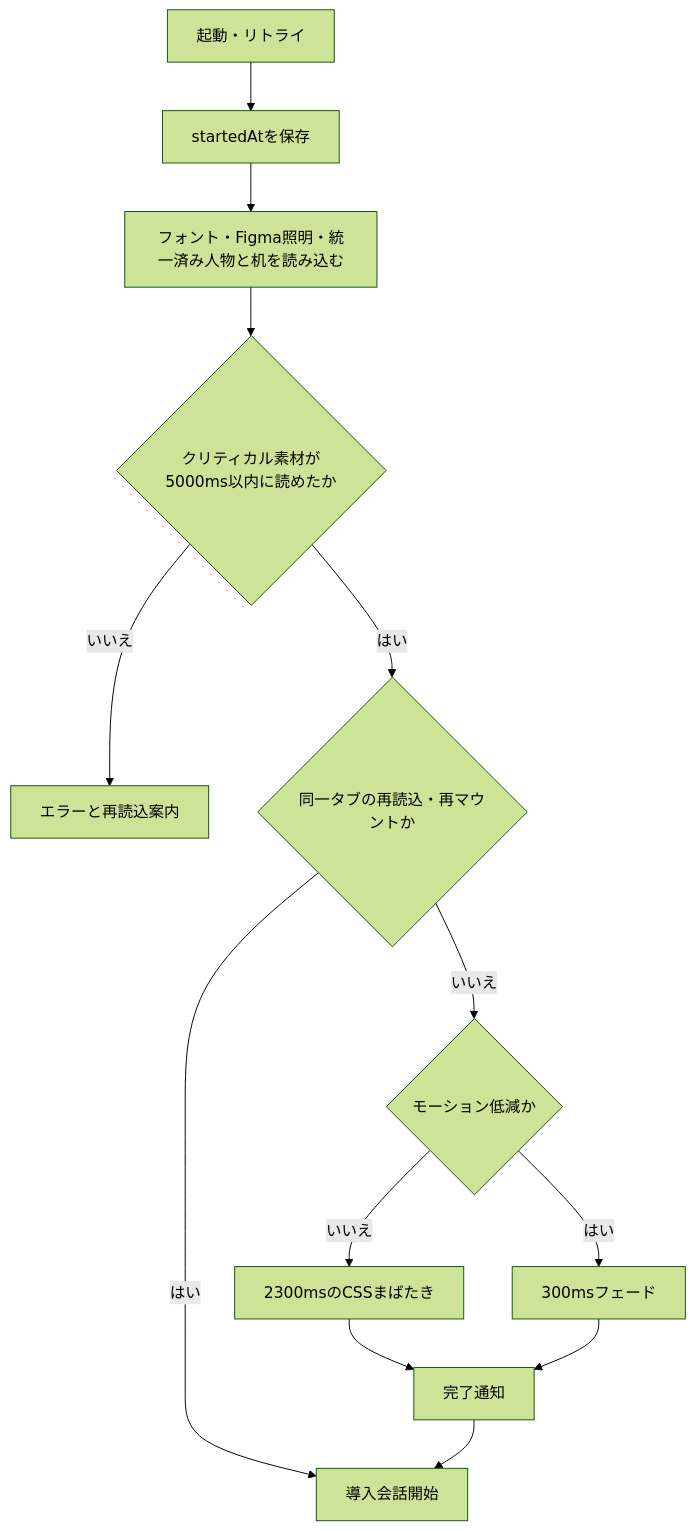
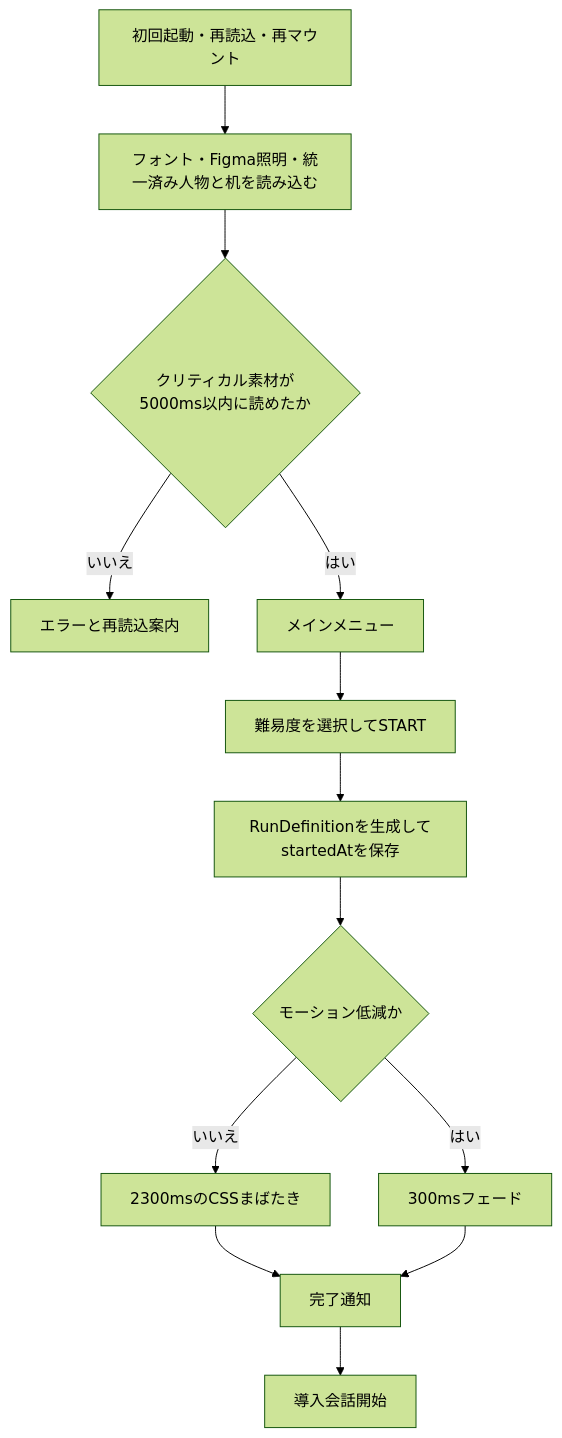
The third of 13 diagrams in docs/project-flow.md (lycanthr0pes/language-deciphering-game), drawn with Mermaid (forest theme) before and after one commit. The commit also changed other lines of this file and 13 other files, not shown here.

````diff
--- a/docs/project-flow.md
+++ b/docs/project-flow.md
@@ -72,15 +73,15 @@
 ```mermaid
 flowchart TD
-    A[起動・リトライ] --> B[startedAtを保存]
-    B --> C[フォント・Figma照明・統一済み人物と机を読み込む]
-    C --> D{クリティカル素材が5000ms以内に読めたか}
-    D -->|いいえ| E[エラーと再読込案内]
-    D -->|はい| R{同一タブの再読込・再マウントか}
-    R -->|はい| J[導入会話開始]
-    R -->|いいえ| F{モーション低減か}
-    F -->|いいえ| G[2300msのCSSまばたき]
-    F -->|はい| H[300msフェード]
-    G --> I[完了通知]
-    H --> I
-    I --> J[導入会話開始]
+    A[初回起動・再読込・再マウント] --> B[フォント・Figma照明・統一済み人物と机を読み込む]
+    B --> C{クリティカル素材が5000ms以内に読めたか}
+    C -->|いいえ| D[エラーと再読込案内]
+    C -->|はい| E[メインメニュー]
+    E --> F[難易度を選択してSTART]
+    F --> G[RunDefinitionを生成してstartedAtを保存]
+    G --> H{モーション低減か}
+    H -->|いいえ| I[2300msのCSSまばたき]
+    H -->|はい| J[300msフェード]
+    I --> K[完了通知]
+    J --> K
+    K --> L[導入会話開始]
 ```
````
